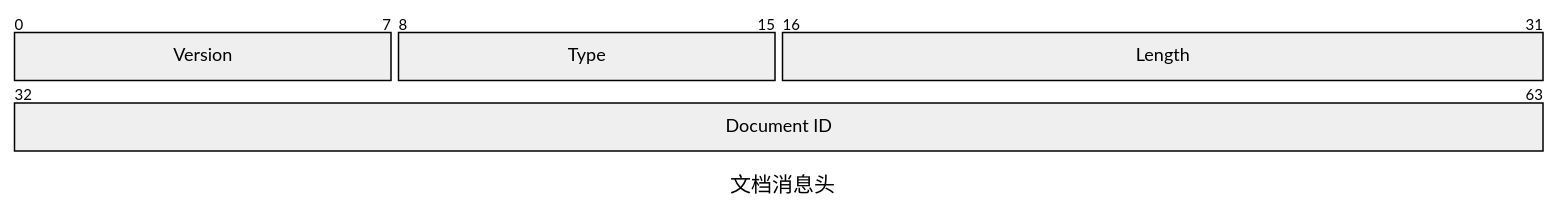
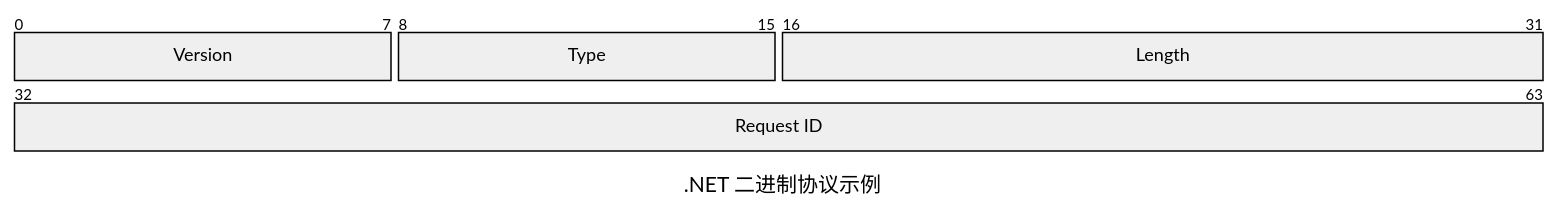
One commit to dotnet9/Vex changed diagram 16 of 24 in docs/演示文档/Mermaid 图表图鉴.md. Above: the diagram before and after it, drawn with Mermaid. The commit also changed other lines of this file and 23 other files, not shown here.

Commit message:
完善(演示文档)：围绕 .NET 与 Avalonia 重编示例并补齐 24 类图表

````diff
--- a/docs/演示文档/Mermaid 图表图鉴.md
+++ b/docs/演示文档/Mermaid 图表图鉴.md
@@ -220,8 +225,8 @@
 ```mermaid
 packet-beta
-  title 文档消息头
+  title .NET 二进制协议示例
   0-7: "Version"
   8-15: "Type"
   16-31: "Length"
-  32-63: "Document ID"
+  32-63: "Request ID"
 ```
````
